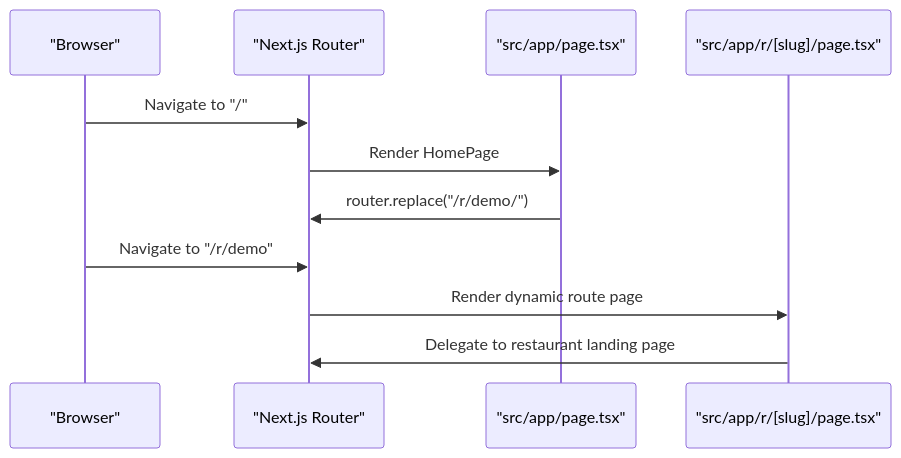
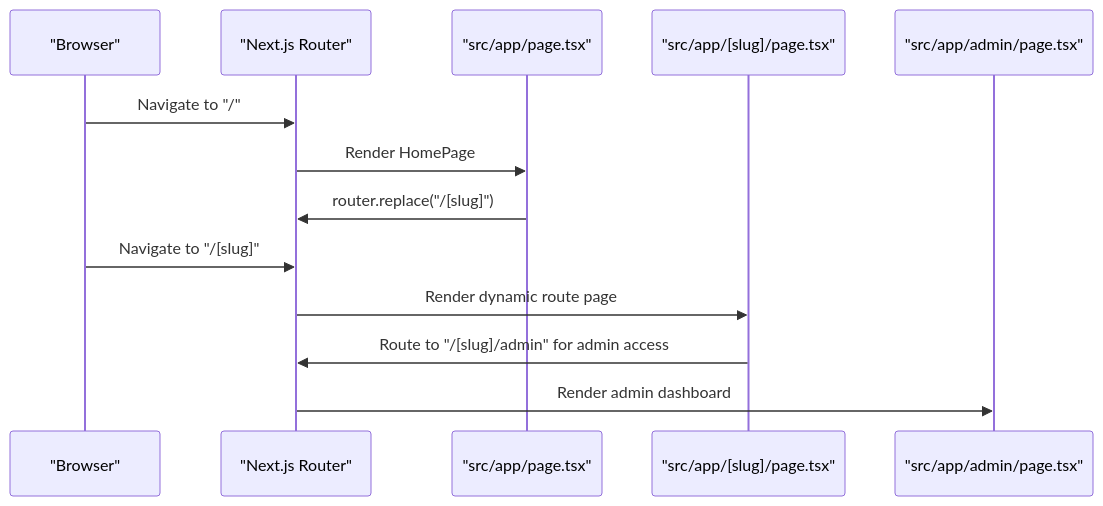
Before and after one commit to Dequeue-Tech/DeQ-Bite: the third of 9 diagrams in .qoder/repowiki/en/content/Frontend System/Frontend System.md, drawn with Mermaid. The commit also changed other lines of this file and 25 other files, not shown here.

````diff
--- a/.qoder/repowiki/en/content/Frontend System/Frontend System.md
+++ b/.qoder/repowiki/en/content/Frontend System/Frontend System.md
@@ -149,13 +183,15 @@
 ```mermaid
 sequenceDiagram
 participant Browser as "Browser"
 participant Next as "Next.js Router"
 participant Home as "src/app/page.tsx"
-participant Slug as "src/app/r/[slug]/page.tsx"
+participant Slug as "src/app/[slug]/page.tsx"
+participant Admin as "src/app/admin/page.tsx"
 Browser->>Next : Navigate to "/"
 Next->>Home : Render HomePage
-Home->>Next : router.replace("/r/demo/")
-Browser->>Next : Navigate to "/r/demo"
+Home->>Next : router.replace("/[slug]")
+Browser->>Next : Navigate to "/[slug]"
 Next->>Slug : Render dynamic route page
-Slug->>Next : Delegate to restaurant landing page
+Slug->>Next : Route to "/[slug]/admin" for admin access
+Next->>Admin : Render admin dashboard
 ```
````
